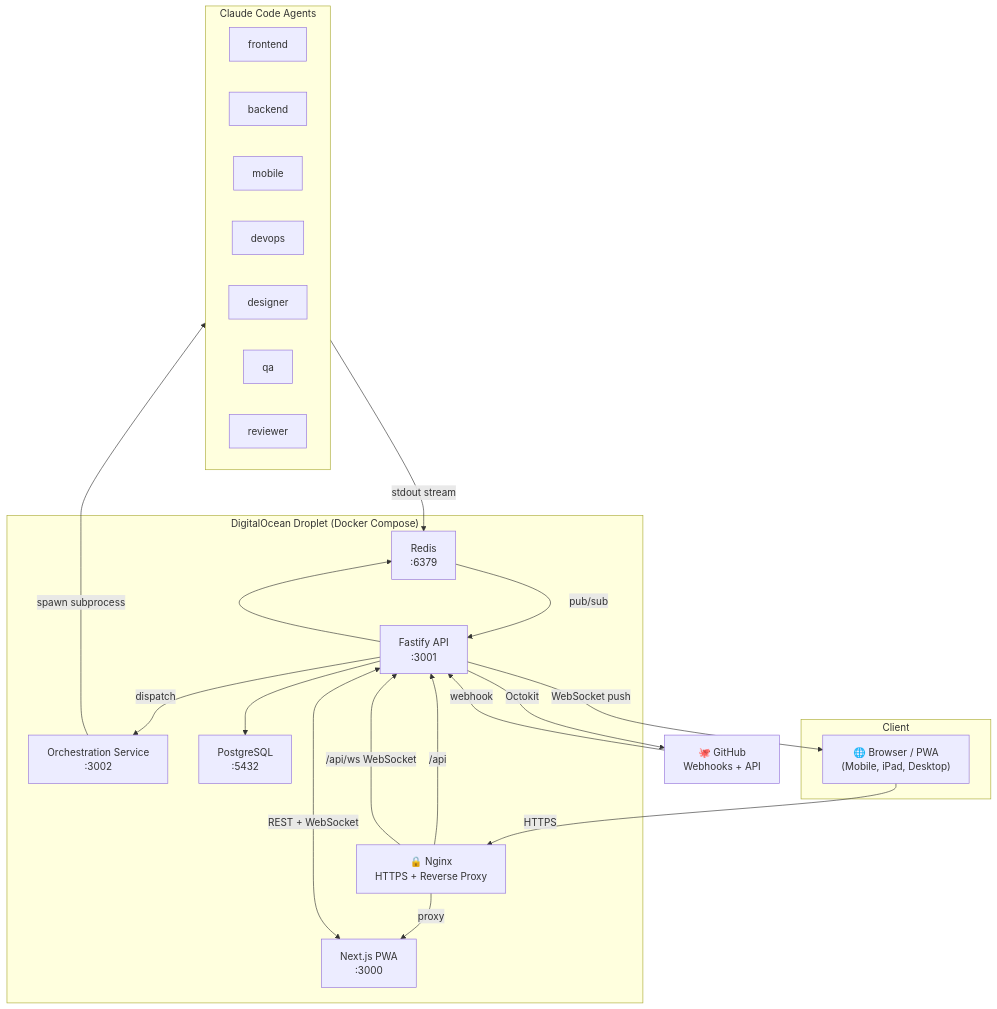
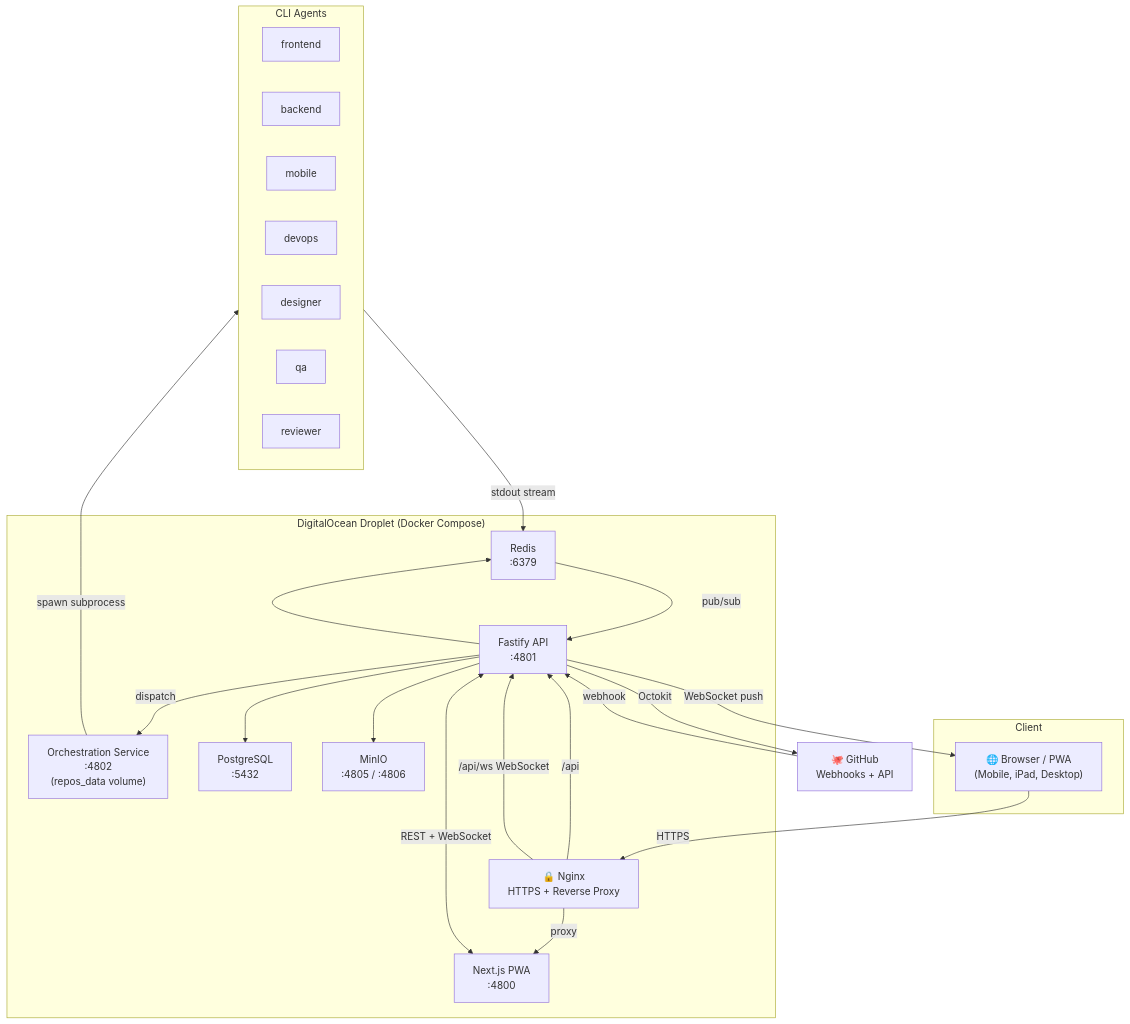
One commit to itseed/mesh-agent changed the first of 5 diagrams in README.md. Above: the diagram before and after it, drawn with Mermaid. The commit also changed other lines of this file, not shown here.

Commit message:
docs: update README with correct ports, install.sh quickstart, new features, and architecture diagrams

````diff
--- a/README.md
+++ b/README.md
@@ -13,45 +13,47 @@
 ```mermaid
 graph TB
     subgraph Client
         Browser["🌐 Browser / PWA\n(Mobile, iPad, Desktop)"]
     end
 
     subgraph Droplet["DigitalOcean Droplet (Docker Compose)"]
         Nginx["🔒 Nginx\nHTTPS + Reverse Proxy"]
-        Web["Next.js PWA\n:3000"]
-        API["Fastify API\n:3001"]
-        Orch["Orchestration Service\n:3002"]
+        Web["Next.js PWA\n:4800"]
+        API["Fastify API\n:4801"]
+        Orch["Orchestration Service\n:4802\n(repos_data volume)"]
         DB["PostgreSQL\n:5432"]
         Redis["Redis\n:6379"]
+        MinIO["MinIO\n:4805 / :4806"]
     end
 
-    subgraph Agents["Claude Code Agents"]
+    subgraph Agents["CLI Agents"]
         Frontend["frontend"]
         Backend["backend"]
         Mobile["mobile"]
         DevOps["devops"]
         Designer["designer"]
         QA["qa"]
         Reviewer["reviewer"]
     end
 
     GitHub["🐙 GitHub\nWebhooks + API"]
 
     Browser -->|HTTPS| Nginx
     Nginx -->|proxy| Web
     Nginx -->|/api| API
     Nginx -->|/api/ws WebSocket| API
 
     Web <-->|REST + WebSocket| API
     API --> DB
     API --> Redis
     API -->|dispatch| Orch
+    API --> MinIO
 
     Orch -->|spawn subprocess| Agents
     Agents -->|stdout stream| Redis
     Redis -->|pub/sub| API
     API -->|WebSocket push| Browser
 
     GitHub -->|webhook| API
     API -->|Octokit| GitHub
 ```
````
